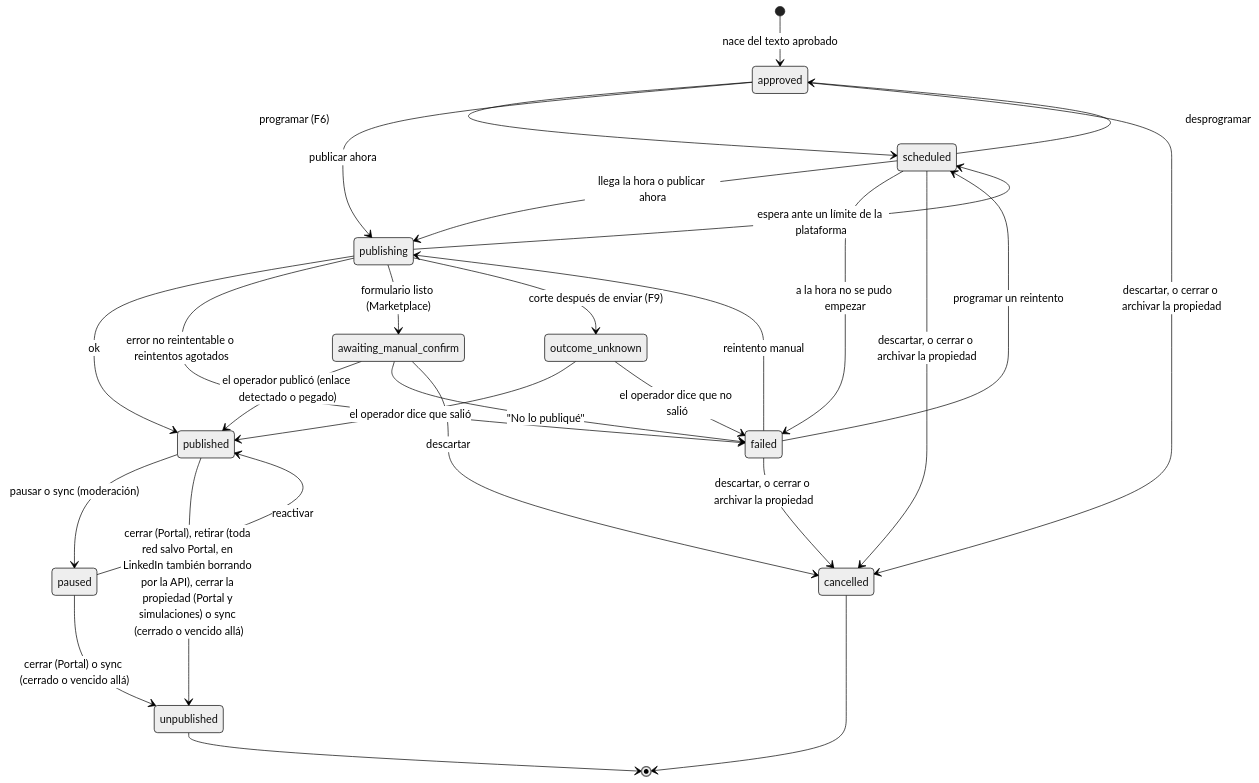
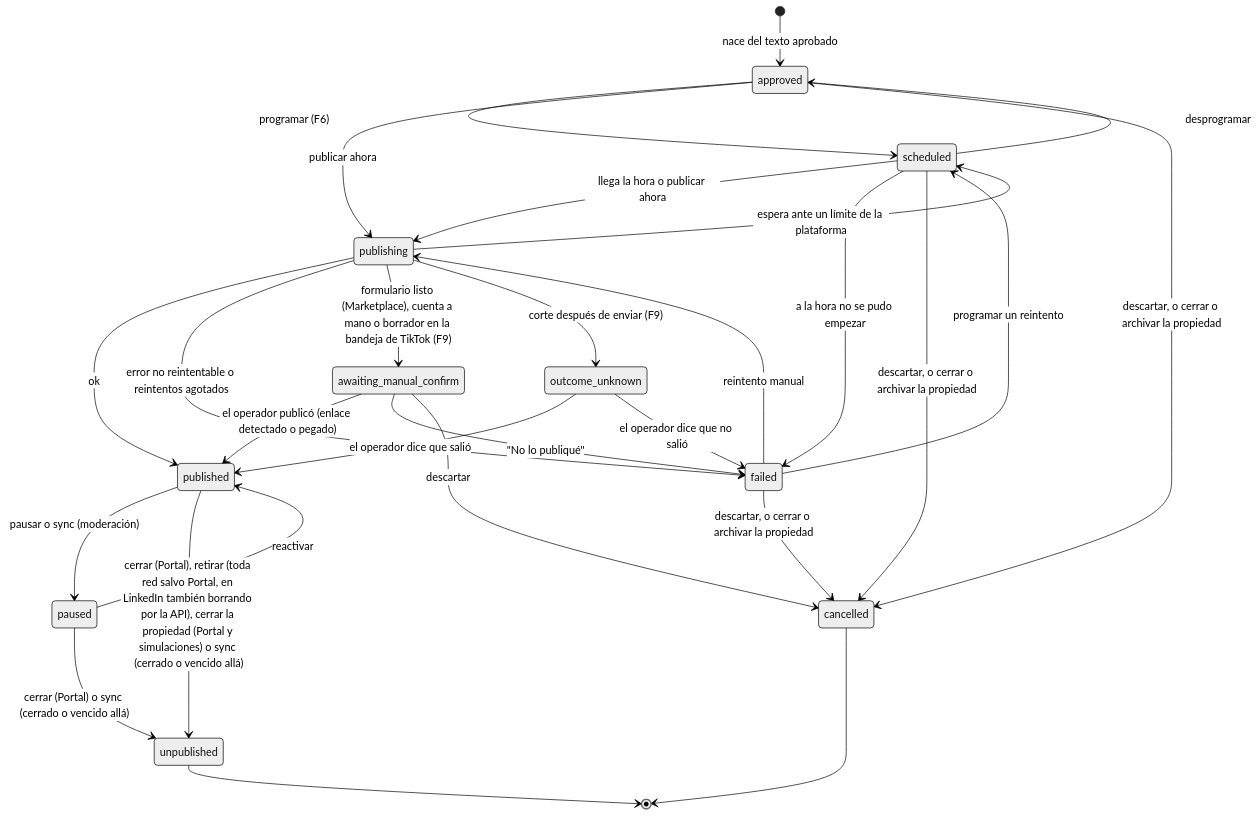
Before and after one commit to vicentewolde/AgentSales: the second of 2 diagrams in docs/01-arquitectura.md, drawn with Mermaid (neutral theme). The commit also changed other lines of this file and 2 other files, not shown here.

````diff
--- a/docs/01-arquitectura.md
+++ b/docs/01-arquitectura.md
@@ -302,30 +316,30 @@
 ```mermaid
 stateDiagram-v2
   [*] --> approved: nace del texto aprobado
   approved --> scheduled: programar (F6)
   approved --> publishing: publicar ahora
   scheduled --> publishing: llega la hora o publicar ahora
   scheduled --> approved: desprogramar
   scheduled --> failed: a la hora no se pudo empezar
   publishing --> published: ok
   publishing --> failed: error no reintentable o reintentos agotados
   publishing --> scheduled: espera ante un límite de la plataforma
   failed --> publishing: reintento manual
   failed --> scheduled: programar un reintento
   published --> paused: pausar o sync (moderación)
   paused --> published: reactivar
   published --> unpublished: cerrar (Portal), retirar (toda red salvo Portal, en LinkedIn también borrando por la API), cerrar la propiedad (Portal y simulaciones) o sync (cerrado o vencido allá)
   paused --> unpublished: cerrar (Portal) o sync (cerrado o vencido allá)
-  publishing --> awaiting_manual_confirm: formulario listo (Marketplace)
+  publishing --> awaiting_manual_confirm: formulario listo (Marketplace), cuenta a mano o borrador en la bandeja de TikTok (F9)
   awaiting_manual_confirm --> published: el operador publicó (enlace detectado o pegado)
   awaiting_manual_confirm --> failed: "No lo publiqué"
   publishing --> outcome_unknown: corte después de enviar (F9)
   outcome_unknown --> published: el operador dice que salió
   outcome_unknown --> failed: el operador dice que no salió
   unpublished --> [*]
   approved --> cancelled: descartar, o cerrar o archivar la propiedad
   scheduled --> cancelled: descartar, o cerrar o archivar la propiedad
   failed --> cancelled: descartar, o cerrar o archivar la propiedad
   awaiting_manual_confirm --> cancelled: descartar
   cancelled --> [*]
 ```
````
